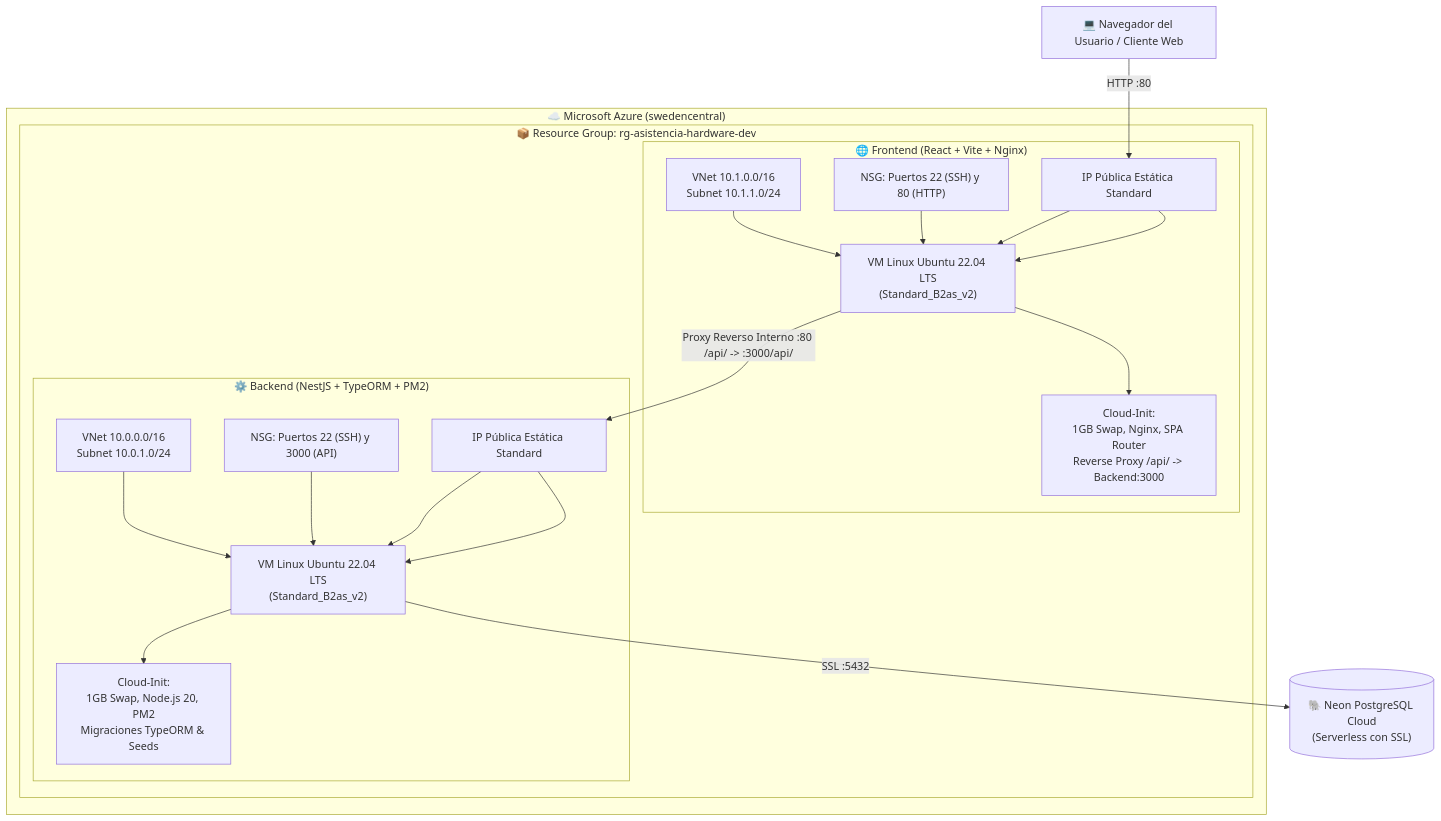
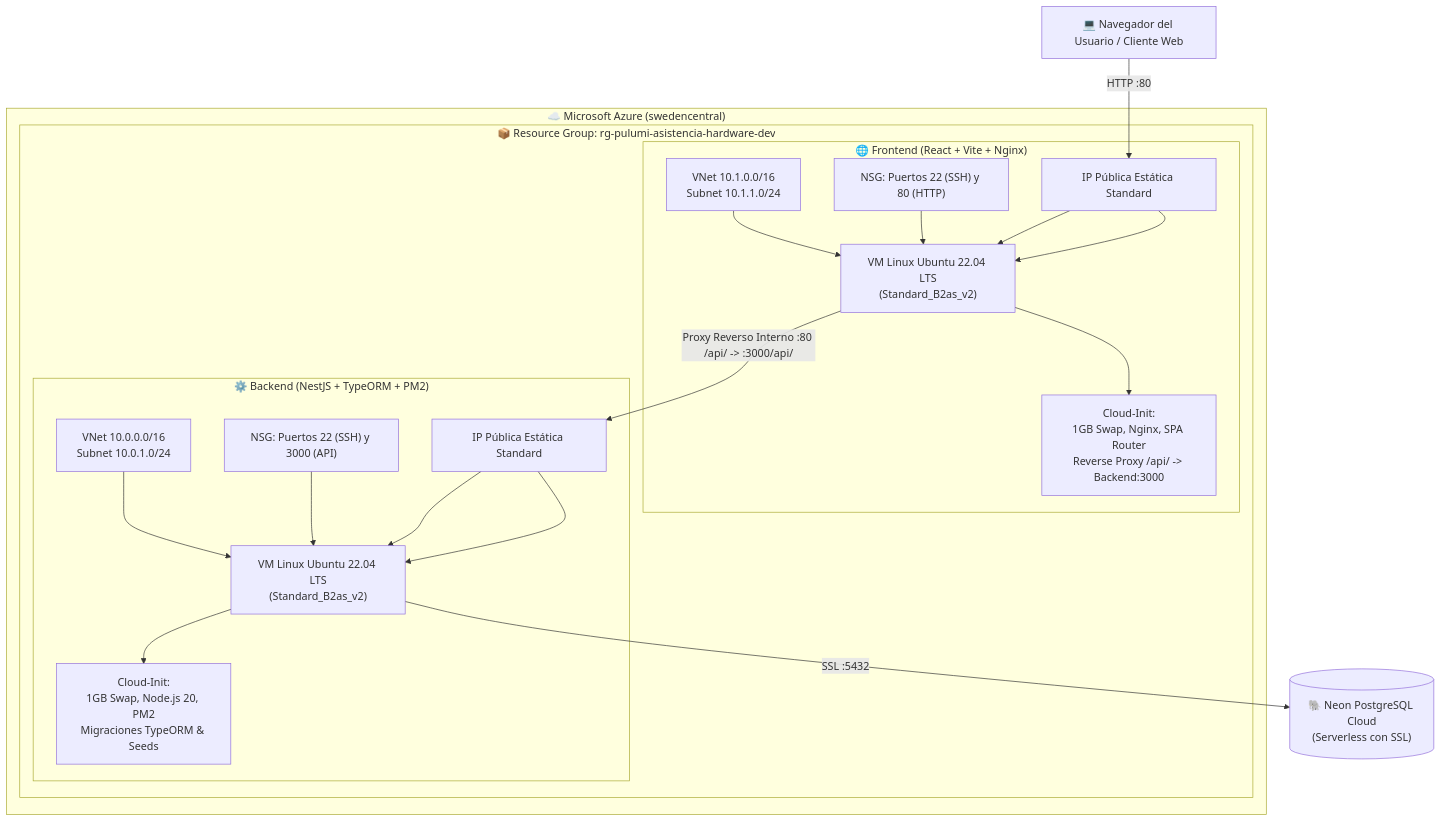
Before and after one commit to modulo2-IaC/azure-pulumi-app-asistencia: the diagram in README.md, drawn with Mermaid. The commit also changed 8 other files, not shown here.

Commit message:
feat(cloud-init): simplificar y optimizar plantillas backend y frontend para primer aprovisionamiento con rg-pulumi-asistencia-hardware-dev

````diff
--- a/README.md
+++ b/README.md
@@ -11,40 +11,40 @@
 ```mermaid
 flowchart TD
     Client["💻 Navegador del Usuario / Cliente Web"]
 
     subgraph AzureCloud ["☁️ Microsoft Azure (swedencentral)"]
-        subgraph UnifiedRG ["📦 Resource Group: rg-asistencia-hardware-dev"]
+        subgraph UnifiedRG ["📦 Resource Group: rg-pulumi-asistencia-hardware-dev"]
             
             subgraph FrontSub ["🌐 Frontend (React + Vite + Nginx)"]
                 VNet_Front["VNet 10.1.0.0/16<br/>Subnet 10.1.1.0/24"]
                 NSG_Front["NSG: Puertos 22 (SSH) y 80 (HTTP)"]
                 PIP_Front["IP Pública Estática Standard"]
                 VM_Front["VM Linux Ubuntu 22.04 LTS<br/>(Standard_B2as_v2)"]
                 CloudInit_Front["Cloud-Init:<br/>1GB Swap, Nginx, SPA Router<br/>Reverse Proxy /api/ -> Backend:3000"]
                 
                 VNet_Front & NSG_Front & PIP_Front --> VM_Front
                 VM_Front --> CloudInit_Front
             end
 
             subgraph BackSub ["⚙️ Backend (NestJS + TypeORM + PM2)"]
                 VNet_Back["VNet 10.0.0.0/16<br/>Subnet 10.0.1.0/24"]
                 NSG_Back["NSG: Puertos 22 (SSH) y 3000 (API)"]
                 PIP_Back["IP Pública Estática Standard"]
                 VM_Back["VM Linux Ubuntu 22.04 LTS<br/>(Standard_B2as_v2)"]
                 CloudInit_Back["Cloud-Init:<br/>1GB Swap, Node.js 20, PM2<br/>Migraciones TypeORM & Seeds"]
                 
                 VNet_Back & NSG_Back & PIP_Back --> VM_Back
                 VM_Back --> CloudInit_Back
             end
 
         end
     end
 
     NeonDB[("🐘 Neon PostgreSQL Cloud<br/>(Serverless con SSL)")]
 
     Client -->|HTTP :80| PIP_Front
     PIP_Front --> VM_Front
     VM_Front -->|Proxy Reverso Interno :80 /api/ -> :3000/api/| PIP_Back
     PIP_Back --> VM_Back
     VM_Back -->|SSL :5432| NeonDB
 ```
````
